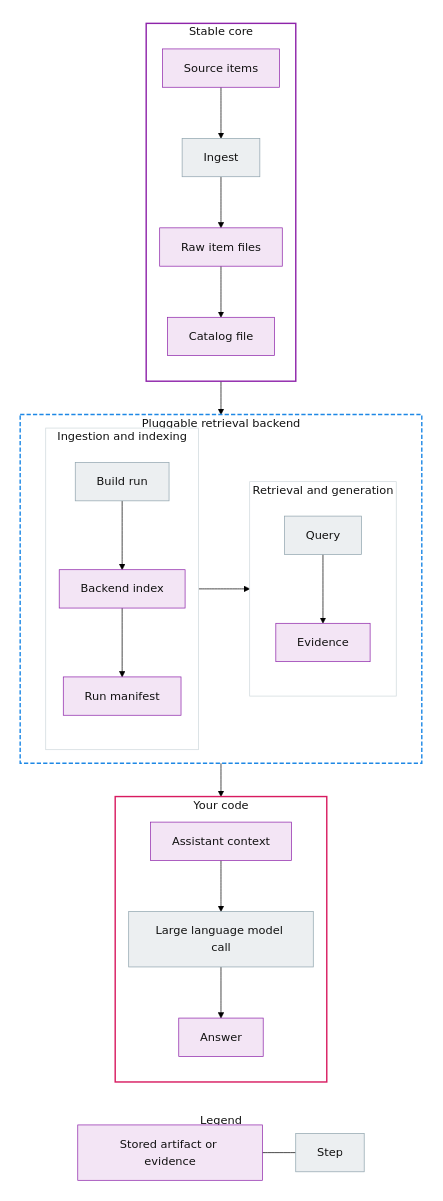
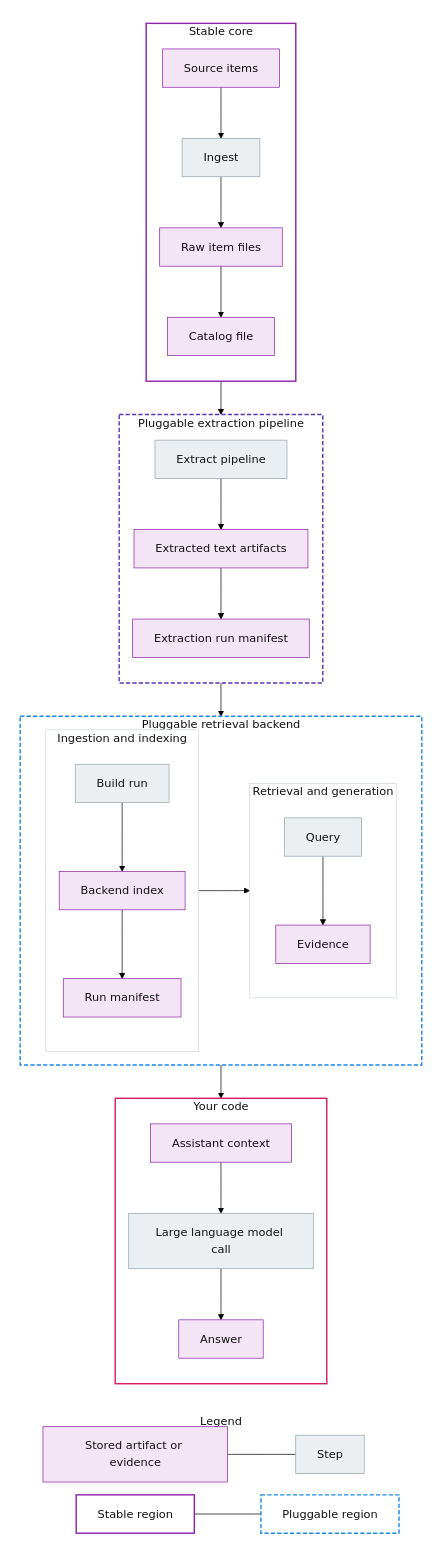
One commit to AnthusAI/Biblicus changed the diagram in README.md. Above: the diagram before and after it, drawn with Mermaid (forest theme). The commit also changed other lines of this file and 93 other files, not shown here.

First line of the commit message:
feat(extraction): add pluggable extraction pipeline

````diff
--- a/README.md
+++ b/README.md
@@ -41,7 +48,10 @@
     direction LR
     LegendArtifact[Stored artifact or evidence]
     LegendStep[Step]
+    LegendStable[Stable region]
+    LegendPluggable[Pluggable region]
     LegendArtifact --- LegendStep
+    LegendStable --- LegendPluggable
   end
 
   subgraph Main[" "]
@@ -54,12 +64,19 @@
       Raw --> Catalog[Catalog file]
     end
 
+    subgraph PluggableExtractionPipeline[Pluggable extraction pipeline]
+      direction TB
+      Catalog --> Extract[Extract pipeline]
+      Extract --> ExtractedText[Extracted text artifacts]
+      ExtractedText --> ExtractionRun[Extraction run manifest]
+    end
+
     subgraph PluggableRetrievalBackend[Pluggable retrieval backend]
       direction LR
 
       subgraph BackendIngestionIndexing[Ingestion and indexing]
         direction TB
-        Catalog --> Build[Build run]
+        ExtractionRun --> Build[Build run]
         Build --> BackendIndex[Backend index]
         BackendIndex --> Run[Run manifest]
       end
@@ -80,6 +97,7 @@
     end
 
     style StableCore fill:#ffffff,stroke:#8e24aa,stroke-width:2px,color:#111111
+    style PluggableExtractionPipeline fill:#ffffff,stroke:#5e35b1,stroke-dasharray:6 3,stroke-width:2px,color:#111111
     style PluggableRetrievalBackend fill:#ffffff,stroke:#1e88e5,stroke-dasharray:6 3,stroke-width:2px,color:#111111
     style YourCode fill:#ffffff,stroke:#d81b60,stroke-width:2px,color:#111111
     style BackendIngestionIndexing fill:#ffffff,stroke:#cfd8dc,color:#111111
@@ -87,6 +105,8 @@
 
     style Raw fill:#f3e5f5,stroke:#8e24aa,color:#111111
     style Catalog fill:#f3e5f5,stroke:#8e24aa,color:#111111
+    style ExtractedText fill:#f3e5f5,stroke:#8e24aa,color:#111111
+    style ExtractionRun fill:#f3e5f5,stroke:#8e24aa,color:#111111
     style BackendIndex fill:#f3e5f5,stroke:#8e24aa,color:#111111
     style Run fill:#f3e5f5,stroke:#8e24aa,color:#111111
     style Evidence fill:#f3e5f5,stroke:#8e24aa,color:#111111
@@ -95,6 +115,7 @@
     style Source fill:#f3e5f5,stroke:#8e24aa,color:#111111
 
     style Ingest fill:#eceff1,stroke:#90a4ae,color:#111111
+    style Extract fill:#eceff1,stroke:#90a4ae,color:#111111
     style Build fill:#eceff1,stroke:#90a4ae,color:#111111
     style Query fill:#eceff1,stroke:#90a4ae,color:#111111
     style Model fill:#eceff1,stroke:#90a4ae,color:#111111
@@ -104,4 +125,6 @@
   style Main fill:#ffffff,stroke:#ffffff,color:#111111
   style LegendArtifact fill:#f3e5f5,stroke:#8e24aa,color:#111111
   style LegendStep fill:#eceff1,stroke:#90a4ae,color:#111111
+  style LegendStable fill:#ffffff,stroke:#8e24aa,stroke-width:2px,color:#111111
+  style LegendPluggable fill:#ffffff,stroke:#1e88e5,stroke-dasharray:6 3,stroke-width:2px,color:#111111
 ```
````
